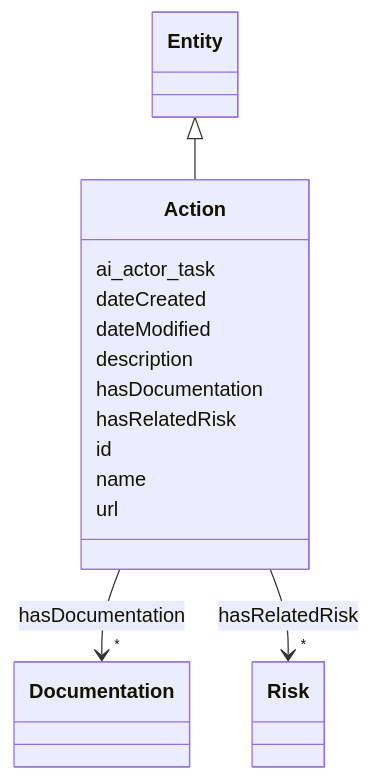
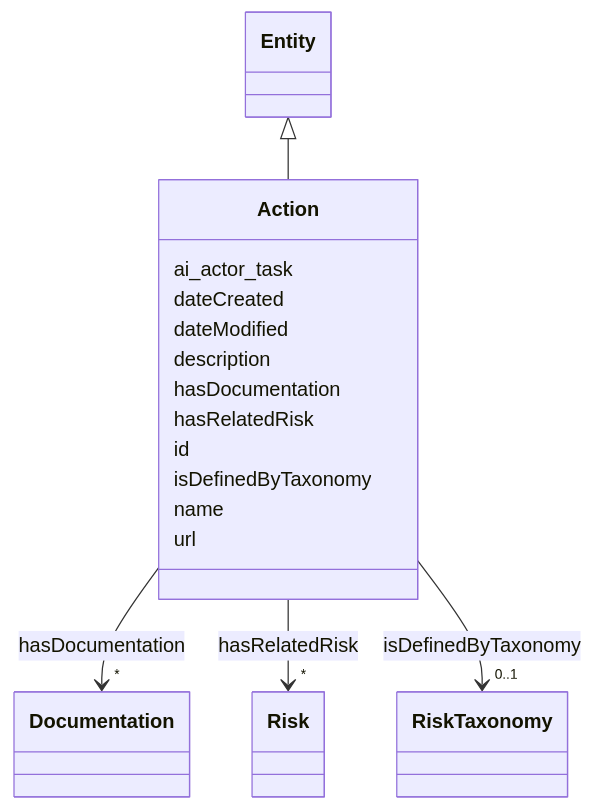
One commit to zrlfba/risk-atlas-nexus changed the diagram in docs/ontology/Action.md. Above: the diagram before and after it, drawn with Mermaid. The commit also changed other lines of this file and 43 other files, not shown here.

````diff
--- a/docs/ontology/Action.md
+++ b/docs/ontology/Action.md
@@ -19,41 +19,50 @@
 ```mermaid
  classDiagram
     class Action
     click Action href "../Action"
       Entity <|-- Action
         click Entity href "../Entity"
       
       Action : ai_actor_task
         
       Action : dateCreated
         
       Action : dateModified
         
       Action : description
         
       Action : hasDocumentation
         
           
     
     
     Action --> "*" Documentation : hasDocumentation
     click Documentation href "../Documentation"
 
         
       Action : hasRelatedRisk
         
           
     
     
     Action --> "*" Risk : hasRelatedRisk
     click Risk href "../Risk"
 
         
       Action : id
         
+      Action : isDefinedByTaxonomy
+        
+          
+    
+    
+    Action --> "0..1" RiskTaxonomy : isDefinedByTaxonomy
+    click RiskTaxonomy href "../RiskTaxonomy"
+
+        
       Action : name
         
       Action : url
         
       
 ```
````
